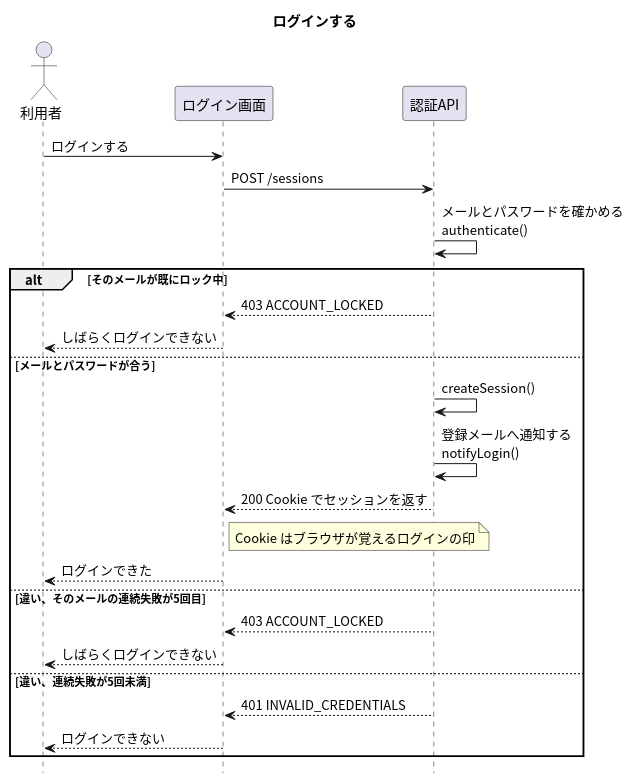
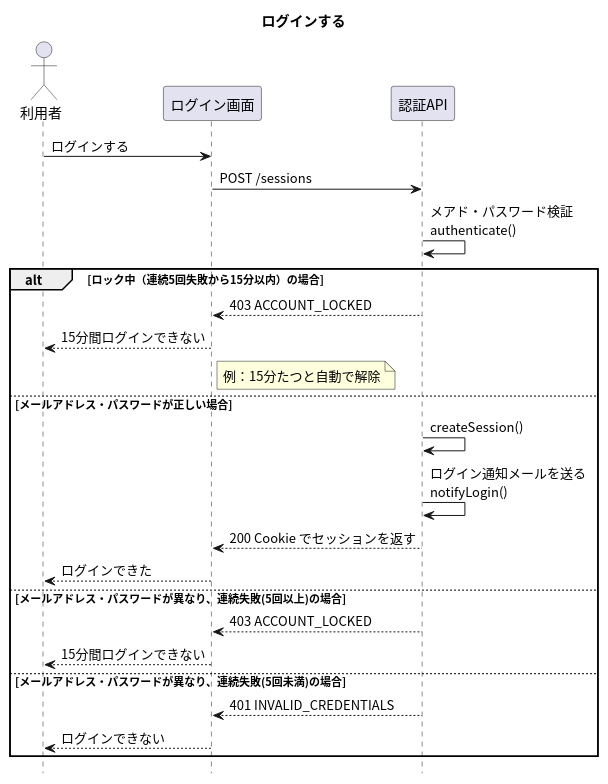
Before and after one commit to masamasamasato/design-doc-template: the diagram in apis/login/入口.puml, drawn with PlantUML. The commit also changed 113 other files, not shown here.

```diff
--- a/apis/login/入口.puml
+++ b/apis/login/入口.puml
@@ -1,32 +1,32 @@
 @startuml
 skinparam shadowing false
 skinparam defaultFontName "Noto Sans CJK JP"
 skinparam SequenceFontName "Noto Sans CJK JP"
 hide footbox
 
 title ログインする
 
 actor "利用者" as User
 participant "ログイン画面" as Screen
 participant "認証API" as API
 
 User -> Screen : ログインする
 Screen -> API : POST /sessions
-API -> API : メールとパスワードを確かめる\nauthenticate()
-alt そのメールが既にロック中
+API -> API : メアド・パスワード検証\nauthenticate()
+alt ロック中（連続5回失敗から15分以内）の場合
   API --> Screen : 403 ACCOUNT_LOCKED
-  Screen --> User : しばらくログインできない
-else メールとパスワードが合う
+  Screen --> User : 15分間ログインできない
+  note right of Screen : 例：15分たつと自動で解除
+else メールアドレス・パスワードが正しい場合
   API -> API : createSession()
-  API -> API : 登録メールへ通知する\nnotifyLogin()
+  API -> API : ログイン通知メールを送る\nnotifyLogin()
   API --> Screen : 200 Cookie でセッションを返す
-  note right of Screen : Cookie はブラウザが覚えるログインの印
   Screen --> User : ログインできた
-else 違い、そのメールの連続失敗が5回目
+else メールアドレス・パスワードが異なり、連続失敗(5回以上)の場合
   API --> Screen : 403 ACCOUNT_LOCKED
-  Screen --> User : しばらくログインできない
-else 違い、連続失敗が5回未満
+  Screen --> User : 15分間ログインできない
+else メールアドレス・パスワードが異なり、連続失敗(5回未満)の場合
   API --> Screen : 401 INVALID_CREDENTIALS
   Screen --> User : ログインできない
 end
 @enduml
```
